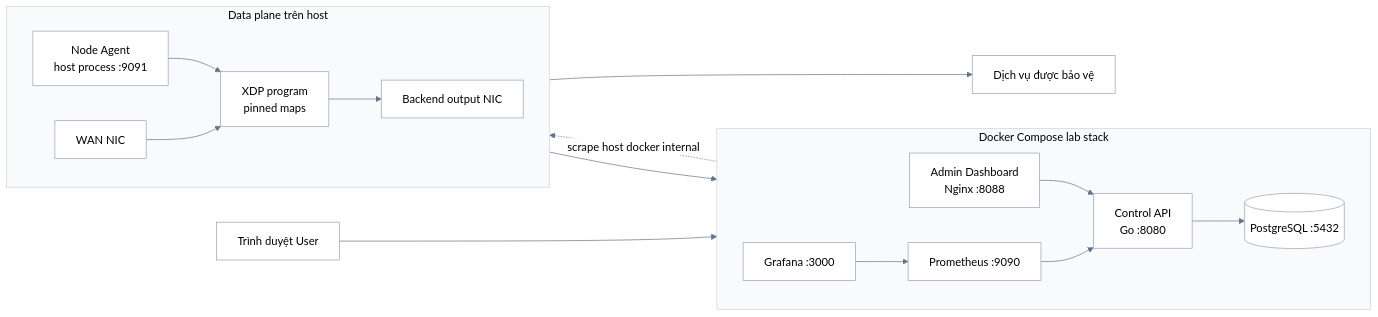
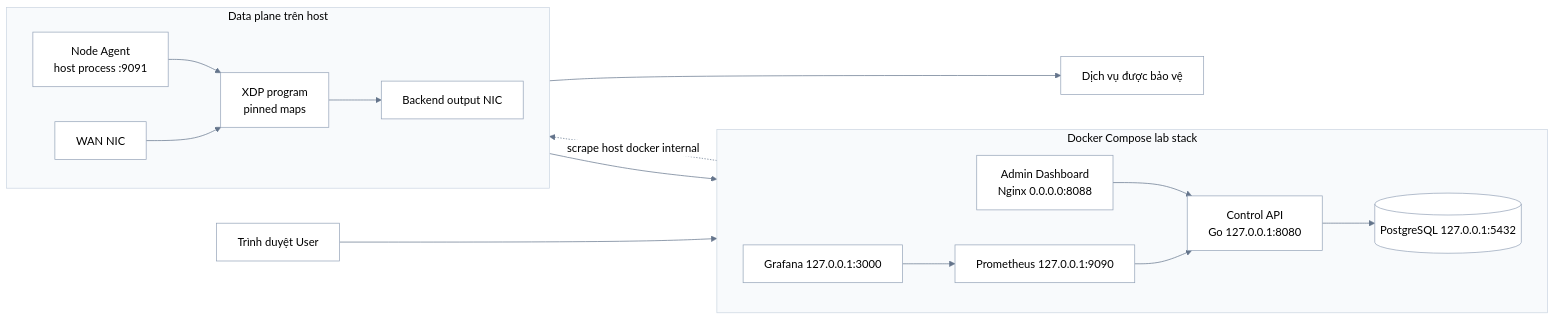
The diagram in docs/diagrams/system-architecture/lab-deployment-flow.mmd (ken9xkyo/anti-ddos), drawn with Mermaid before and after one commit. The commit also changed 22 other files, not shown here.

```diff
--- a/docs/diagrams/system-architecture/lab-deployment-flow.mmd
+++ b/docs/diagrams/system-architecture/lab-deployment-flow.mmd
@@ -1,34 +1,34 @@
 %%{init: {'theme':'base','themeVariables': {'primaryColor':'#f8fafc','primaryTextColor':'#000000','primaryBorderColor':'#94a3b8','lineColor':'#64748b','secondaryColor':'#e0f2fe','tertiaryColor':'#fef3c7','background':'#ffffff','mainBkg':'#ffffff','nodeBorder':'#94a3b8','clusterBkg':'#f8fafc','clusterBorder':'#cbd5e1','titleColor':'#000000','edgeLabelBackground':'#ffffff','textColor':'#000000','nodeTextColor':'#000000','labelTextColor':'#000000'}}}%%
 flowchart LR
     browser[Trình duyệt User]
 
     subgraph compose["Docker Compose lab stack"]
         direction LR
-        dashboard[Admin Dashboard<br/>Nginx :8088]
-        api[Control API<br/>Go :8080]
-        db[(PostgreSQL :5432)]
-        prometheus[Prometheus :9090]
-        grafana[Grafana :3000]
+        dashboard[Admin Dashboard<br/>Nginx 0.0.0.0:8088]
+        api[Control API<br/>Go 127.0.0.1:8080]
+        db[(PostgreSQL 127.0.0.1:5432)]
+        prometheus[Prometheus 127.0.0.1:9090]
+        grafana[Grafana 127.0.0.1:3000]
     end
 
     subgraph host["Data plane trên host"]
         direction LR
         agent[Node Agent<br/>host process :9091]
         xdp[XDP program<br/>pinned maps]
         wan[WAN NIC]
         output[Backend output NIC]
     end
 
     service[Dịch vụ được bảo vệ]
 
     browser --> dashboard
     dashboard --> api
     api --> db
     grafana --> prometheus
     prometheus --> api
     prometheus -. scrape host docker internal .-> agent
     agent --> api
     agent --> xdp
     wan --> xdp
     xdp --> output
     output --> service
```
